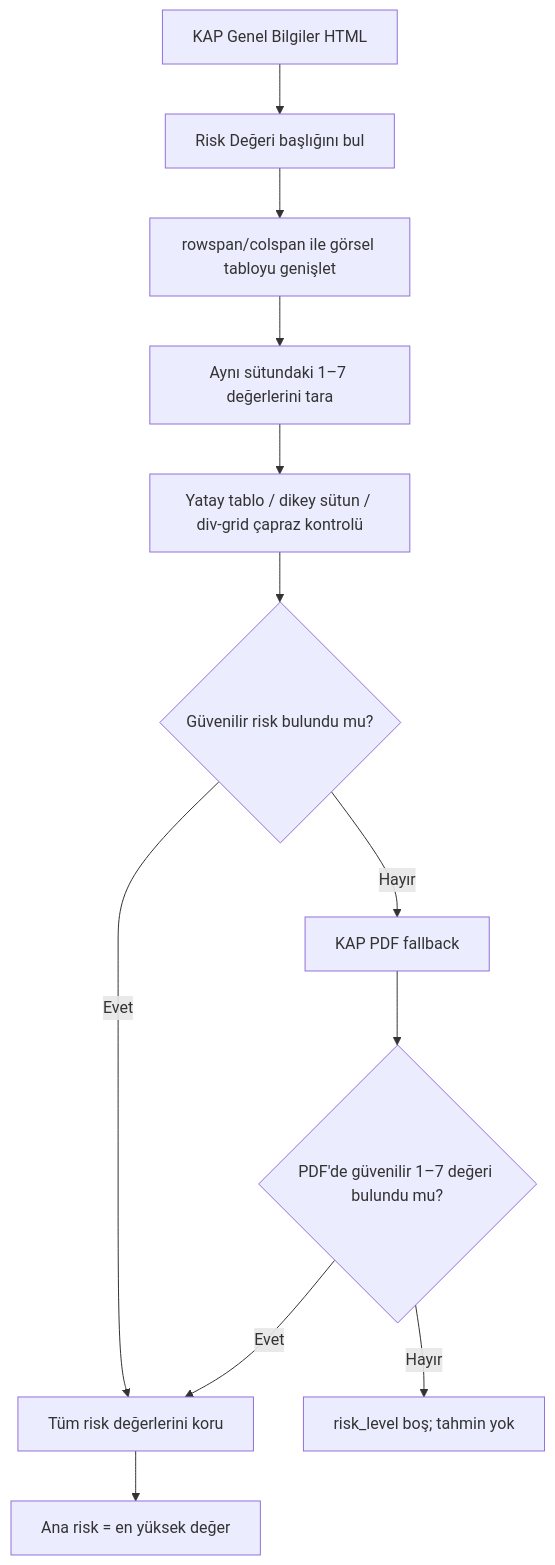
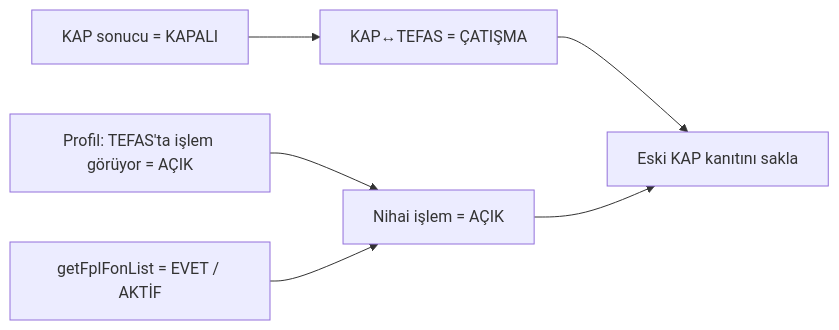
One commit to egemenkarabulut/PiyasaNabzi-KAP-YAT changed the ninth of 19 diagrams in README.md. Above: the diagram before and after it, drawn with Mermaid. The commit also changed other lines of this file and 8 other files, not shown here.

````diff
--- a/README.md
+++ b/README.md
@@ -275,14 +378,8 @@
 ```mermaid
-flowchart TD
-    A["KAP Genel Bilgiler HTML"] --> B["Risk Değeri başlığını bul"]
-    B --> C["rowspan/colspan ile görsel tabloyu genişlet"]
-    C --> D["Aynı sütundaki 1–7 değerlerini tara"]
-    D --> E["Yatay tablo / dikey sütun / div-grid çapraz kontrolü"]
-    E --> F{"Güvenilir risk bulundu mu?"}
-    F -- "Evet" --> G["Tüm risk değerlerini koru"]
-    G --> H["Ana risk = en yüksek değer"]
-    F -- "Hayır" --> I["KAP PDF fallback"]
-    I --> J{"PDF'de güvenilir 1–7 değeri bulundu mu?"}
-    J -- "Evet" --> G
-    J -- "Hayır" --> K["risk_level boş; tahmin yok"]
+flowchart LR
+    A["KAP sonucu = KAPALI"] --> D["KAP↔TEFAS = ÇATIŞMA"]
+    B["Profil: TEFAS'ta işlem görüyor = AÇIK"] --> E["Nihai işlem = AÇIK"]
+    C["getFplFonList = EVET / AKTİF"] --> E
+    D --> F["Eski KAP kanıtını sakla"]
+    E --> F
 ```
````
